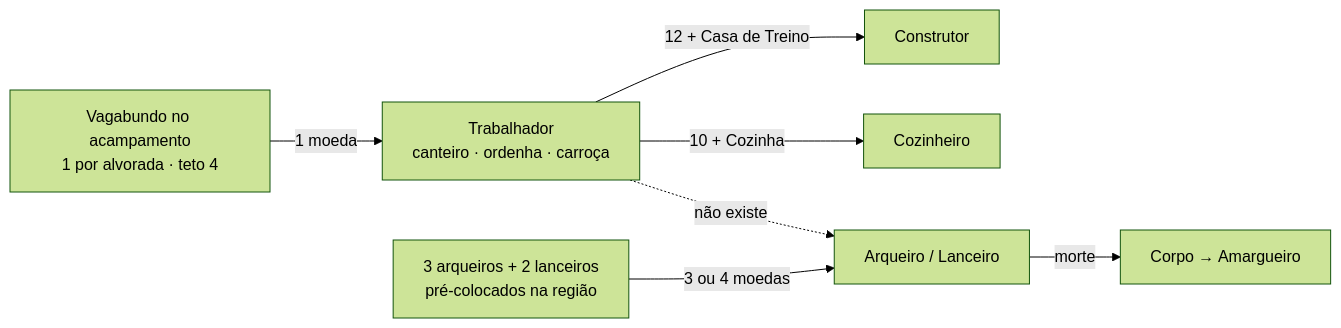
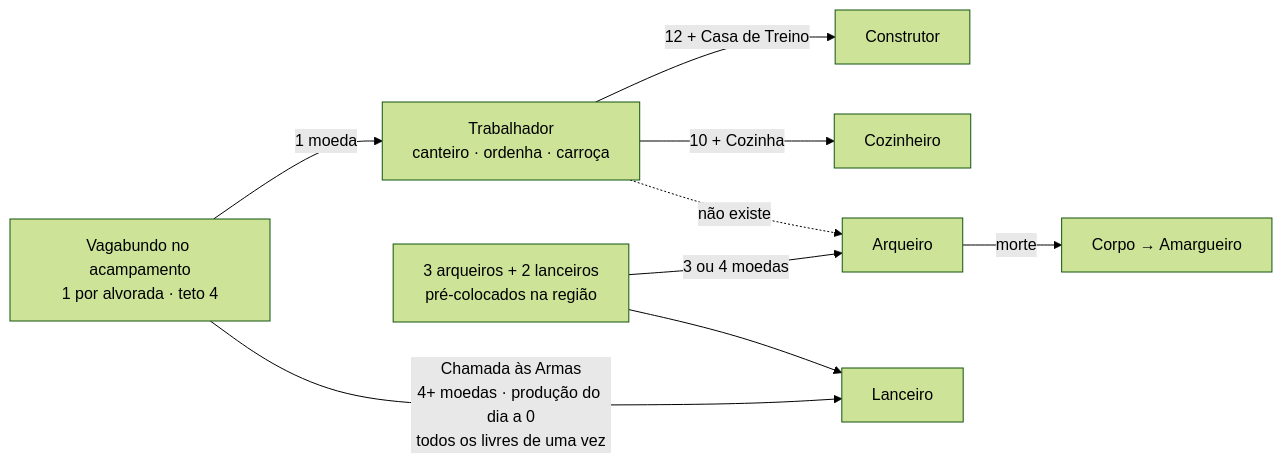
One commit to henriquecoding/empire changed the second of 4 diagrams in docs/recovery/ANALISE-KINGDOM-2026-09-29.md. Above: the diagram before and after it, drawn with Mermaid (forest theme). The commit also changed other lines of this file, not shown here.

First line of the commit message:
O que a revisao apontou: a Chamada as Armas, o escudeiro e o recomeco tudo-ou-nada

````diff
--- a/docs/recovery/ANALISE-KINGDOM-2026-09-29.md
+++ b/docs/recovery/ANALISE-KINGDOM-2026-09-29.md
@@ -151,9 +151,11 @@
 ```mermaid
 flowchart LR
     V2[Vagabundo no acampamento<br/>1 por alvorada · teto 4] -->|1 moeda| T[Trabalhador<br/>canteiro · ordenha · carroça]
+    V2 -->|"Chamada às Armas<br/>4+ moedas · produção do dia a 0<br/>todos os livres de uma vez"| L[Lanceiro]
     T -->|12 + Casa de Treino| C2[Construtor]
     T -->|10 + Cozinha| K2[Cozinheiro]
-    T -.->|não existe| R2[Arqueiro / Lanceiro]
-    P[3 arqueiros + 2 lanceiros<br/>pré-colocados na região] -->|3 ou 4 moedas| R2
-    R2 -->|morte| X[Corpo → Amargueiro]
+    T -.->|não existe| A2[Arqueiro]
+    P[3 arqueiros + 2 lanceiros<br/>pré-colocados na região] -->|3 ou 4 moedas| A2
+    P --> L
+    A2 -->|morte| X[Corpo → Amargueiro]
 ```
````
